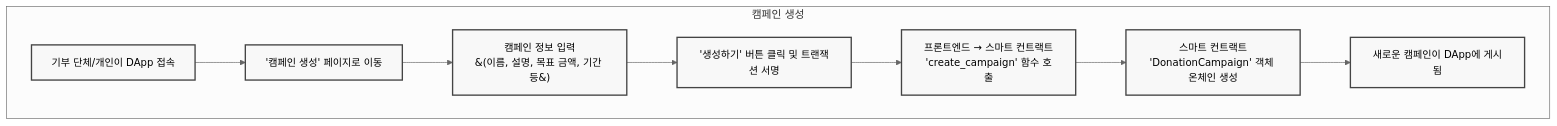
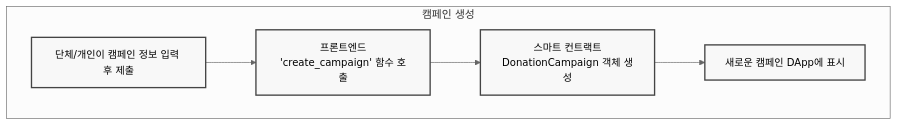
Before and after one commit to dolf3131/2025-Blockthon: the first of 3 diagrams in 2025-Blockthon.md, drawn with Mermaid (neutral theme). The commit also changed other lines of this file, not shown here.

````diff
--- a/2025-Blockthon.md
+++ b/2025-Blockthon.md
@@ -9,17 +9,14 @@
 ```mermaid
 graph TD
     subgraph "캠페인 생성"
-        A[기부 단체/개인이 DApp 접속] --> B['캠페인 생성' 페이지로 이동];
-        B --> C[캠페인 정보 입력<br/>&#40;이름, 설명, 목표 금액, 기간 등&#41;];
-        C --> D['생성하기' 버튼 클릭 및 트랜잭션 서명];
-        D --> E[프론트엔드 → 스마트 컨트랙트<br/>'create_campaign' 함수 호출];
-        E --> F[스마트 컨트랙트<br/>'DonationCampaign' 객체 온체인 생성];
-        F --> G[새로운 캠페인이 DApp에 게시됨];
+        A[단체/개인이 캠페인 정보 입력 후 제출] --> B[프론트엔드<br/>'create_campaign' 함수 호출];
+        B --> C[스마트 컨트랙트<br/>DonationCampaign 객체 생성];
+        C --> D[새로운 캠페인 DApp에 표시];
     end
 
     %% --- 스타일 정의 ---
     classDef defaultNode fill:#f8f8f8,stroke:#444,stroke-width:2px,font-size:15px
-
+    
     %% --- 스타일 적용 ---
-    class A,B,C,D,E,F,G defaultNode
+    class A,B,C,D defaultNode
 ```
````
